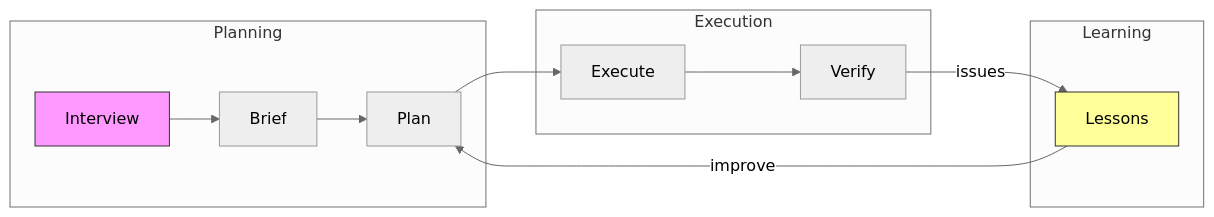
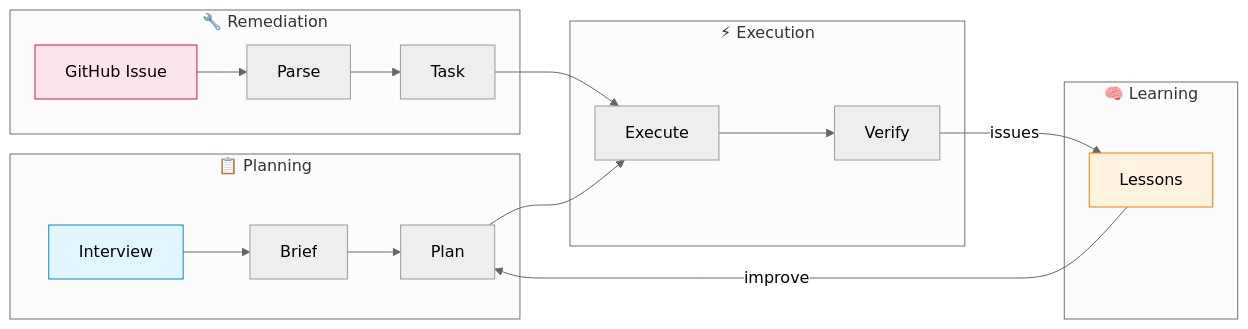
Before and after one commit to mmorris35/devplan-mcp-server: the first of 6 diagrams in README.md, drawn with Mermaid (neutral theme). The commit also changed other lines of this file, not shown here.

First line of the commit message:
docs: enhance README with new features and Mermaid diagrams

````diff
--- a/README.md
+++ b/README.md
@@ -9,20 +14,27 @@
 ```mermaid
 flowchart LR
-    subgraph Planning
+    subgraph Planning["📋 Planning"]
         A[Interview] --> B[Brief]
         B --> C[Plan]
     end
 
-    subgraph Execution
+    subgraph Execution["⚡ Execution"]
         C --> D[Execute]
         D --> E[Verify]
     end
 
-    subgraph Learning
+    subgraph Learning["🧠 Learning"]
         E -->|issues| F[Lessons]
         F -->|improve| C
     end
 
-    style A fill:#f9f,stroke:#333
-    style F fill:#ff9,stroke:#333
+    subgraph Remediation["🔧 Remediation"]
+        G[GitHub Issue] --> H[Parse]
+        H --> I[Task]
+        I --> D
+    end
+
+    style A fill:#e1f5fe,stroke:#0288d1
+    style F fill:#fff3e0,stroke:#f57c00
+    style G fill:#fce4ec,stroke:#c2185b
 ```
````
